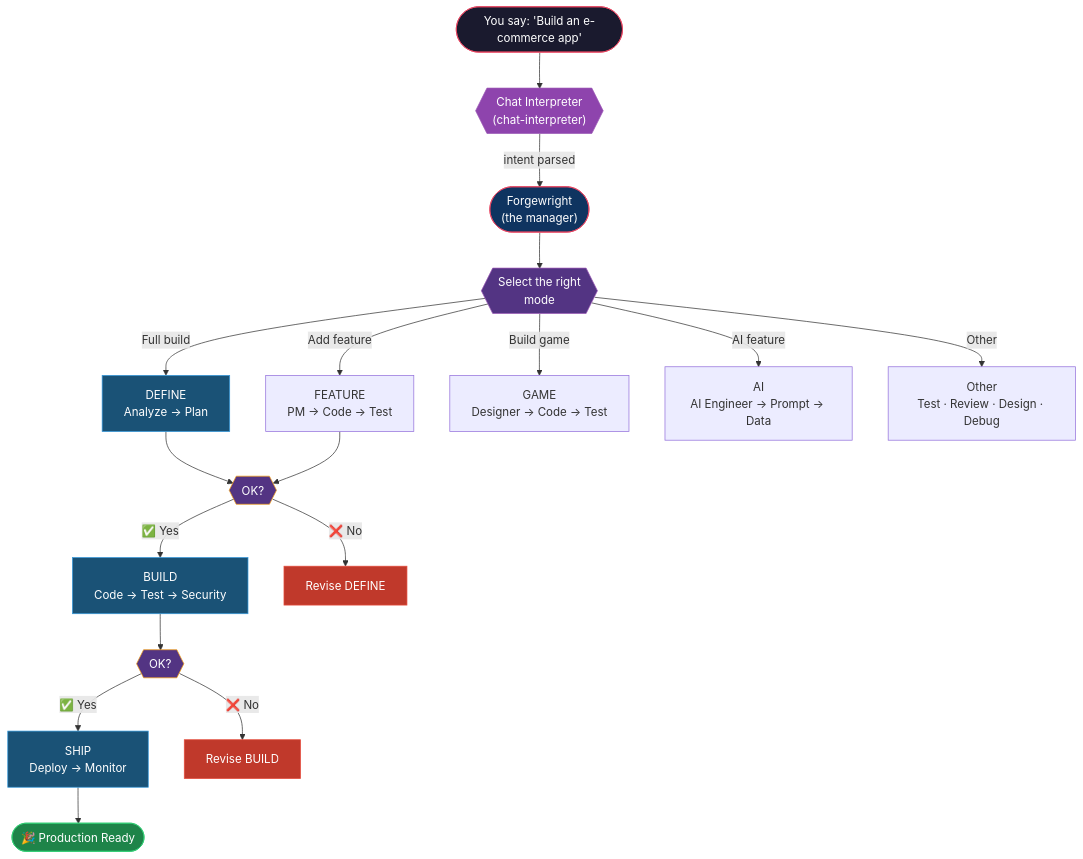
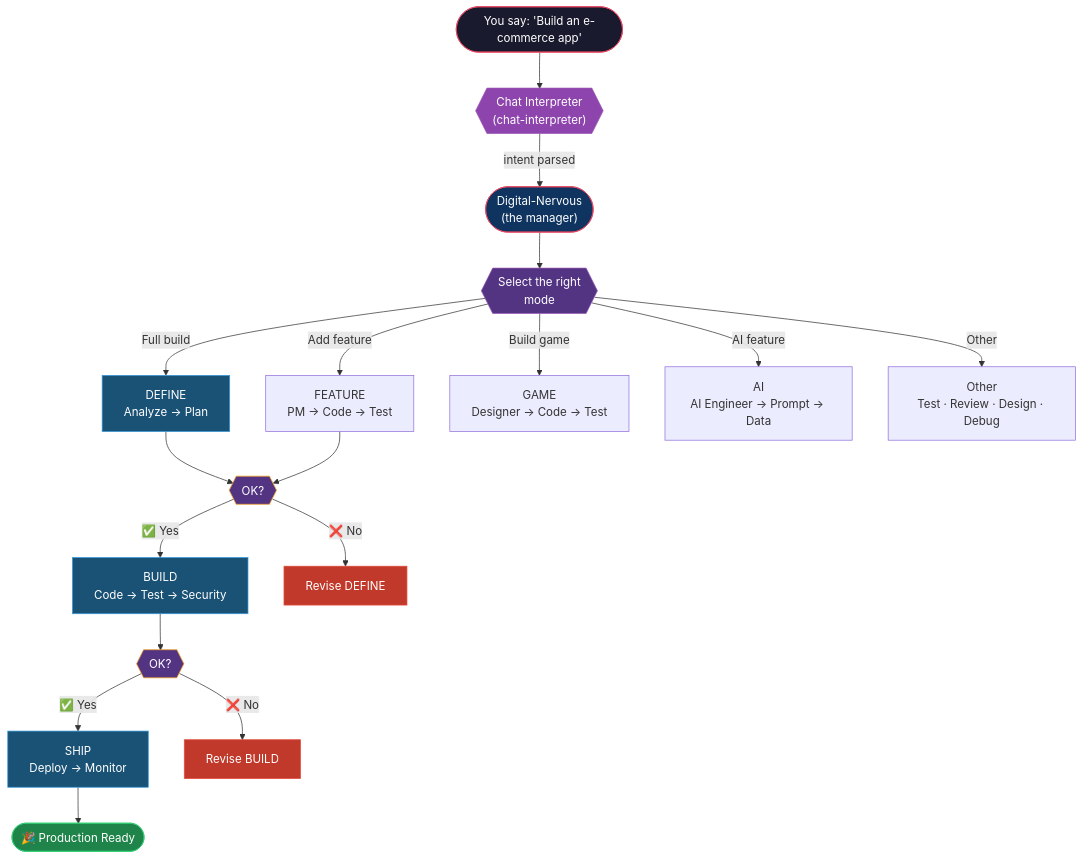
The sixth of 18 diagrams in README.md (Exia-thd/Digital-Nervous), drawn with Mermaid before and after one commit. The commit also changed other lines of this file and 691 other files, not shown here.

Commit message:
Upgrade to v8.1.0 (Digital-Nervous edition)

````diff
--- a/README.md
+++ b/README.md
@@ -158,39 +338,39 @@
 ```mermaid
 flowchart TD
     START(["You say: 'Build an e-commerce app'"])
     CHAT_INT{{"Chat Interpreter<br/>(chat-interpreter)"}}
-    ORCH(["Forgewright<br/>(the manager)"])
+    ORCH(["Digital-Nervous<br/>(the manager)"])
 
     START --> CHAT_INT
     CHAT_INT --> |"intent parsed"| ORCH
 
     ORCH --> MODE{{"Select the right<br/>mode"}}
 
     MODE --> |"Full build"| DEFINE["DEFINE<br/>Analyze → Plan"]
     MODE --> |"Add feature"| FEATURE["FEATURE<br/>PM → Code → Test"]
     MODE --> |"Build game"| GAME["GAME<br/>Designer → Code → Test"]
     MODE --> |"AI feature"| AI["AI<br/>AI Engineer → Prompt → Data"]
     MODE --> |"Other"| OTHER["Other<br/>Test · Review · Design · Debug"]
 
     DEFINE --> GATE1{{"OK?"}}
     FEATURE --> GATE1
     GATE1 --> |"✅ Yes"| BUILD["BUILD<br/>Code → Test → Security"]
     GATE1 --> |"❌ No"| REV1["Revise DEFINE"]
     BUILD --> GATE2{{"OK?"}}
     GATE2 --> |"✅ Yes"| SHIP["SHIP<br/>Deploy → Monitor"]
     GATE2 --> |"❌ No"| REV2["Revise BUILD"]
     SHIP --> END(["🎉 Production Ready"])
 
     style START fill:#1a1a2e,stroke:#e94560,color:#fff
     style CHAT_INT fill:#8e44ad,stroke:#9b59b6,color:#fff
     style ORCH fill:#0f3460,stroke:#e94560,color:#fff
     style MODE fill:#533483,stroke:#9b59b6,color:#fff
     style GATE1 fill:#533483,stroke:#f39c12,color:#fff
     style GATE2 fill:#533483,stroke:#f39c12,color:#fff
     style END fill:#1e8449,stroke:#2ecc71,color:#fff
     style REV1 fill:#c0392b,stroke:#e74c3c,color:#fff
     style REV2 fill:#c0392b,stroke:#e74c3c,color:#fff
     style DEFINE fill:#1a5276,stroke:#3498db,color:#fff
     style BUILD fill:#1a5276,stroke:#3498db,color:#fff
     style SHIP fill:#1a5276,stroke:#3498db,color:#fff
 ```
````
